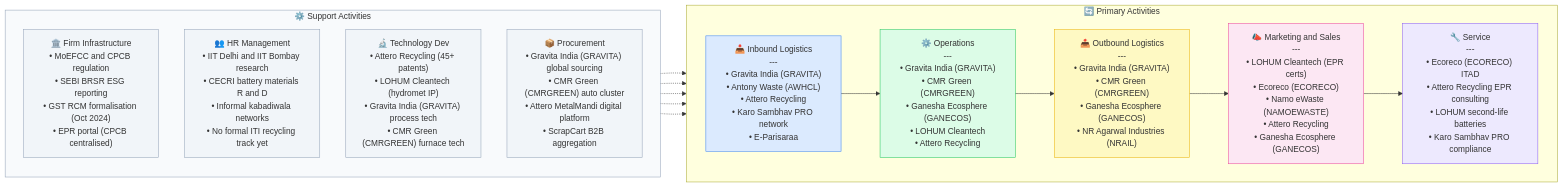
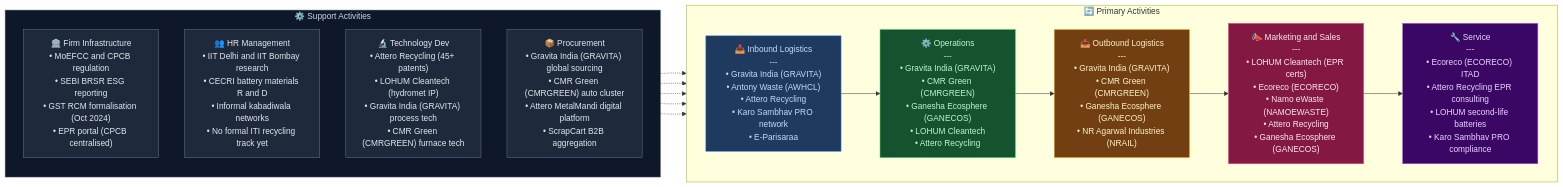
One commit to Anubhavsingh13/Value_chain changed the second of 2 diagrams in Recycling Sector - Value Chain Analysis.md. Above: the diagram before and after it, drawn with Mermaid. The commit also changed other lines of this file and 8 other files, not shown here.

````diff
--- a/Recycling Sector - Value Chain Analysis.md
+++ b/Recycling Sector - Value Chain Analysis.md
@@ -467,38 +476,38 @@
 ```mermaid
 flowchart LR
     subgraph SUPPORT["⚙️ Support Activities"]
         direction TB
         FI["🏛️ Firm Infrastructure\n• MoEFCC and CPCB regulation\n• SEBI BRSR ESG reporting\n• GST RCM formalisation (Oct 2024)\n• EPR portal (CPCB centralised)"]
         HR["👥 HR Management\n• IIT Delhi and IIT Bombay research\n• CECRI battery materials R and D\n• Informal kabadiwala networks\n• No formal ITI recycling track yet"]
         TD["🔬 Technology Dev\n• Attero Recycling (45+ patents)\n• LOHUM Cleantech (hydromet IP)\n• Gravita India (GRAVITA) process tech\n• CMR Green (CMRGREEN) furnace tech"]
         PR["📦 Procurement\n• Gravita India (GRAVITA) global sourcing\n• CMR Green (CMRGREEN) auto cluster\n• Attero MetalMandi digital platform\n• ScrapCart B2B aggregation"]
     end
 
     subgraph PRIMARY["🔄 Primary Activities"]
         direction LR
         IL["📥 Inbound Logistics\n---\n• Gravita India (GRAVITA)\n• Antony Waste (AWHCL)\n• Attero Recycling\n• Karo Sambhav PRO network\n• E-Parisaraa"]
         OP["⚙️ Operations\n---\n• Gravita India (GRAVITA)\n• CMR Green (CMRGREEN)\n• Ganesha Ecosphere (GANECOS)\n• LOHUM Cleantech\n• Attero Recycling"]
         OL["📤 Outbound Logistics\n---\n• Gravita India (GRAVITA)\n• CMR Green (CMRGREEN)\n• Ganesha Ecosphere (GANECOS)\n• NR Agarwal Industries (NRAIL)"]
         MS["📣 Marketing and Sales\n---\n• LOHUM Cleantech (EPR certs)\n• Ecoreco (ECORECO)\n• Namo eWaste (NAMOEWASTE)\n• Attero Recycling\n• Ganesha Ecosphere (GANECOS)"]
         SV["🔧 Service\n---\n• Ecoreco (ECORECO) ITAD\n• Attero Recycling EPR consulting\n• LOHUM second-life batteries\n• Karo Sambhav PRO compliance"]
     end
 
     IL --> OP --> OL --> MS --> SV
 
     SUPPORT -.-> IL
     SUPPORT -.-> OP
     SUPPORT -.-> OL
     SUPPORT -.-> MS
     SUPPORT -.-> SV
 
-    style IL fill:#dbeafe,stroke:#3b82f6
-    style OP fill:#dcfce7,stroke:#22c55e
-    style OL fill:#fef9c3,stroke:#eab308
-    style MS fill:#fce7f3,stroke:#ec4899
-    style SV fill:#ede9fe,stroke:#8b5cf6
-    style SUPPORT fill:#f8fafc,stroke:#94a3b8
-    style FI fill:#f1f5f9,stroke:#94a3b8
-    style HR fill:#f1f5f9,stroke:#94a3b8
-    style TD fill:#f1f5f9,stroke:#94a3b8
-    style PR fill:#f1f5f9,stroke:#94a3b8
+    style IL fill:#1e3a5f,stroke:#3b82f6,color:#bfdbfe
+    style OP fill:#14532d,stroke:#22c55e,color:#bbf7d0
+    style OL fill:#713f12,stroke:#f59e0b,color:#fef3c7
+    style MS fill:#831843,stroke:#ec4899,color:#fce7f3
+    style SV fill:#3b0764,stroke:#a855f7,color:#e9d5ff
+    style SUPPORT fill:#0f172a,stroke:#475569,color:#cbd5e1
+    style FI fill:#1e293b,stroke:#64748b,color:#e2e8f0
+    style HR fill:#1e293b,stroke:#64748b,color:#e2e8f0
+    style TD fill:#1e293b,stroke:#64748b,color:#e2e8f0
+    style PR fill:#1e293b,stroke:#64748b,color:#e2e8f0
 ```
````
